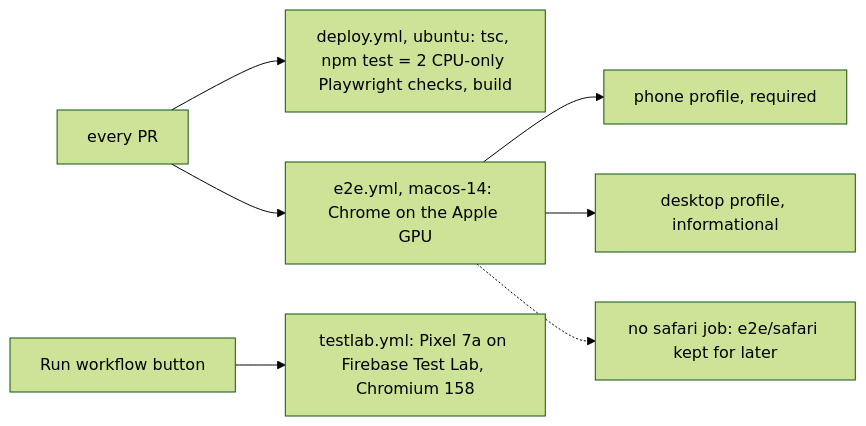
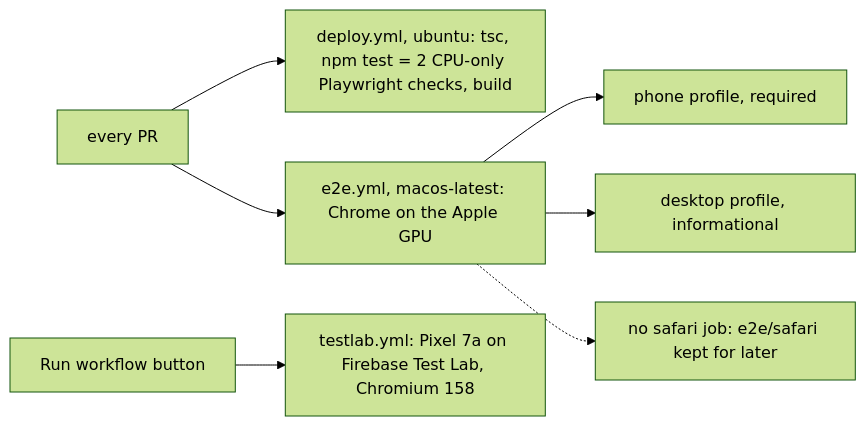
One commit to barakplasma/media-clusterer changed the diagram in HANDOFF.md. Above: the diagram before and after it, drawn with Mermaid (forest theme). The commit also changed other lines of this file and 1 other file, not shown here.

Commit message:
ci(e2e): run on macos-latest; GitHub retires macos-14 on 2026-11-02 (#48)
The e2e (phone) and e2e (desktop) jobs were cancelled within a second with no
runner assigned since 14:38 UTC on 2026-10-31, because GitHub is retiring the
macos-14 image on 2026-11-02. macos-latest is macOS 26 on arm64, so Chrome
still gets the Apple GPU. Both e2e jobs pass on it (1.5 and 1.8 min), the
first WebGPU e2e runs of v4.0.0 on a real Apple GPU.

Claude-Session: https://claude.ai/code/session_01PrXYQFYsBaScz8MwVn9nfA

````diff
--- a/HANDOFF.md
+++ b/HANDOFF.md
@@ -15,9 +15,9 @@
 ```mermaid
 flowchart LR
   PR[every PR] --> D[deploy.yml, ubuntu: tsc, npm test = 2 CPU-only Playwright checks, build]
-  PR --> E[e2e.yml, macos-14: Chrome on the Apple GPU]
+  PR --> E[e2e.yml, macos-latest: Chrome on the Apple GPU]
   E --> P[phone profile, required]
   E --> K[desktop profile, informational]
   E -.-> S[no safari job: e2e/safari kept for later]
   B[Run workflow button] --> T[testlab.yml: Pixel 7a on Firebase Test Lab, Chromium 158]
 ```
````
